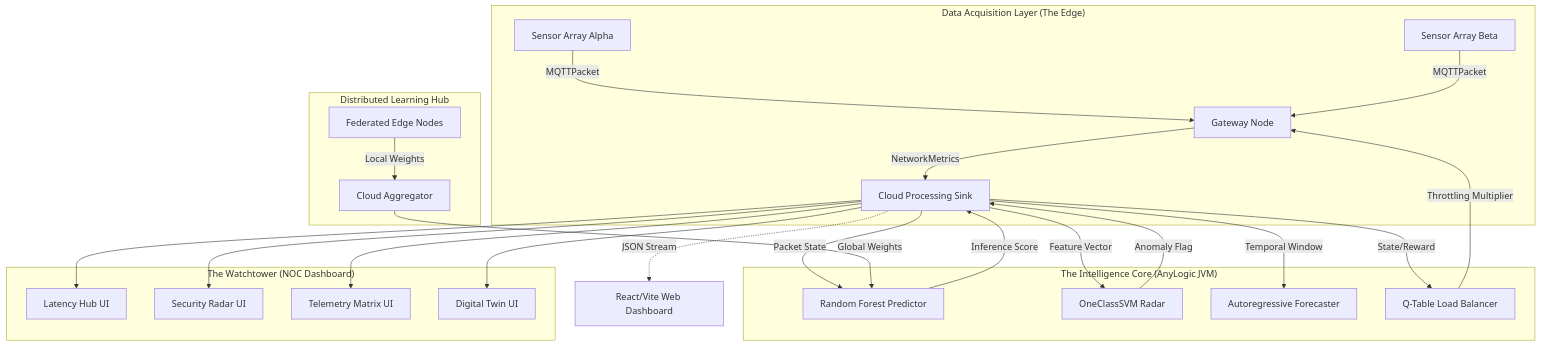
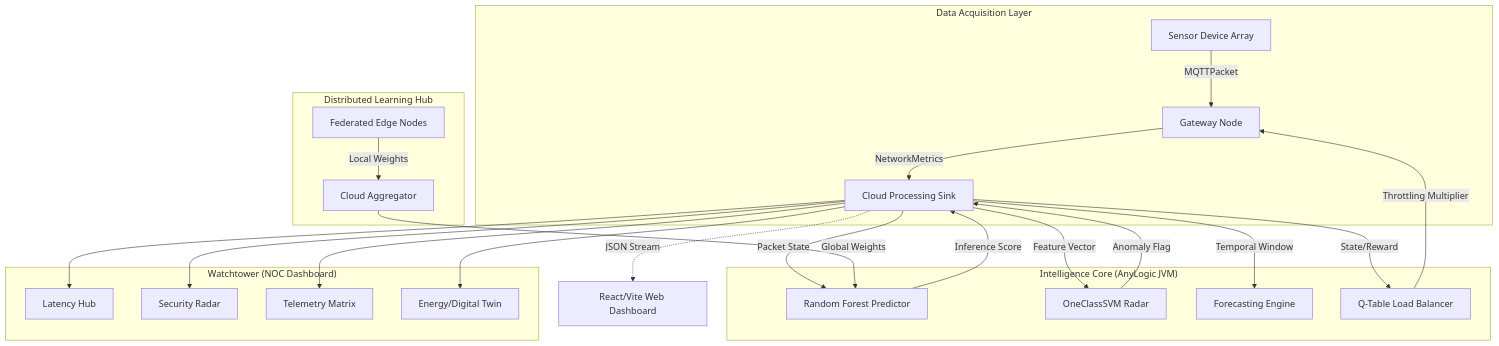
Before and after one commit to Zain-ul-abdeen-773/IOT-Simulation-Networking-Project: the diagram in README.md, drawn with Mermaid. The commit also changed other lines of this file, not shown here.

````diff
--- a/README.md
+++ b/README.md
@@ -21,33 +117,27 @@
 ```mermaid
 graph TD
-    subgraph "Data Acquisition Layer (The Edge)"
-        S1[Sensor Array Alpha] -->|MQTTPacket| G[Gateway Node]
-        S2[Sensor Array Beta] -->|MQTTPacket| G
+    subgraph "Data Acquisition Layer"
+        S[Sensor Device Array] -->|MQTTPacket| G[Gateway Node]
         G -->|NetworkMetrics| SINK[Cloud Processing Sink]
     end
-
-    subgraph "The Intelligence Core (AnyLogic JVM)"
+    subgraph "Intelligence Core (AnyLogic JVM)"
         SINK -->|Packet State| RF[Random Forest Predictor]
         SINK -->|Feature Vector| SVM[OneClassSVM Radar]
-        SINK -->|Temporal Window| TS[Autoregressive Forecaster]
+        SINK -->|Temporal Window| TS[Forecasting Engine]
         SINK -->|State/Reward| RL[Q-Table Load Balancer]
-        
         RL -->|Throttling Multiplier| G
         RF -->|Inference Score| SINK
         SVM -->|Anomaly Flag| SINK
     end
-
-    subgraph "The Watchtower (NOC Dashboard)"
-        SINK --> D1[Latency Hub UI]
-        SINK --> D2[Security Radar UI]
-        SINK --> D3[Telemetry Matrix UI]
-        SINK --> D4[Digital Twin UI]
+    subgraph "Watchtower (NOC Dashboard)"
+        SINK --> D1[Latency Hub]
+        SINK --> D2[Security Radar]
+        SINK --> D3[Telemetry Matrix]
+        SINK --> D4[Energy/Digital Twin]
     end
-
     subgraph "Distributed Learning Hub"
         EDGE[Federated Edge Nodes] -->|Local Weights| AGG[Cloud Aggregator]
         AGG -->|Global Weights| RF
     end
-
     SINK -.->|JSON Stream| WD[React/Vite Web Dashboard]
 ```
````
